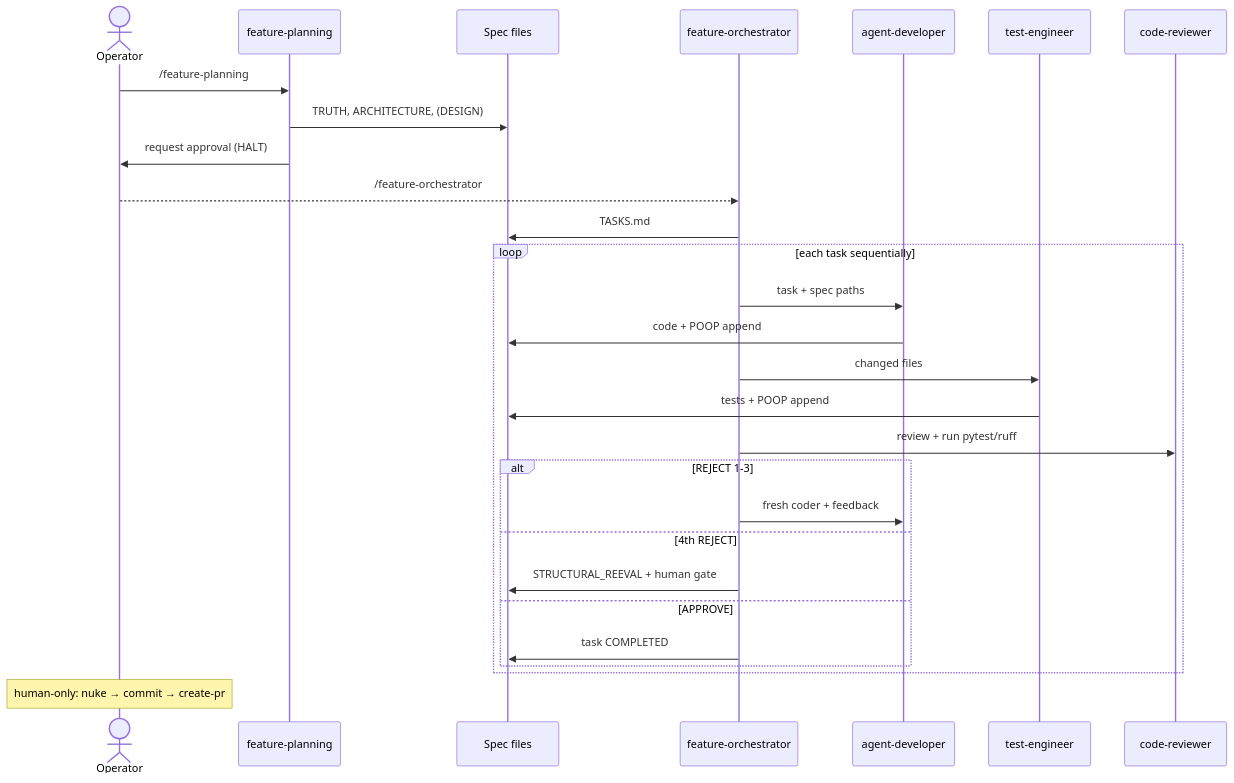
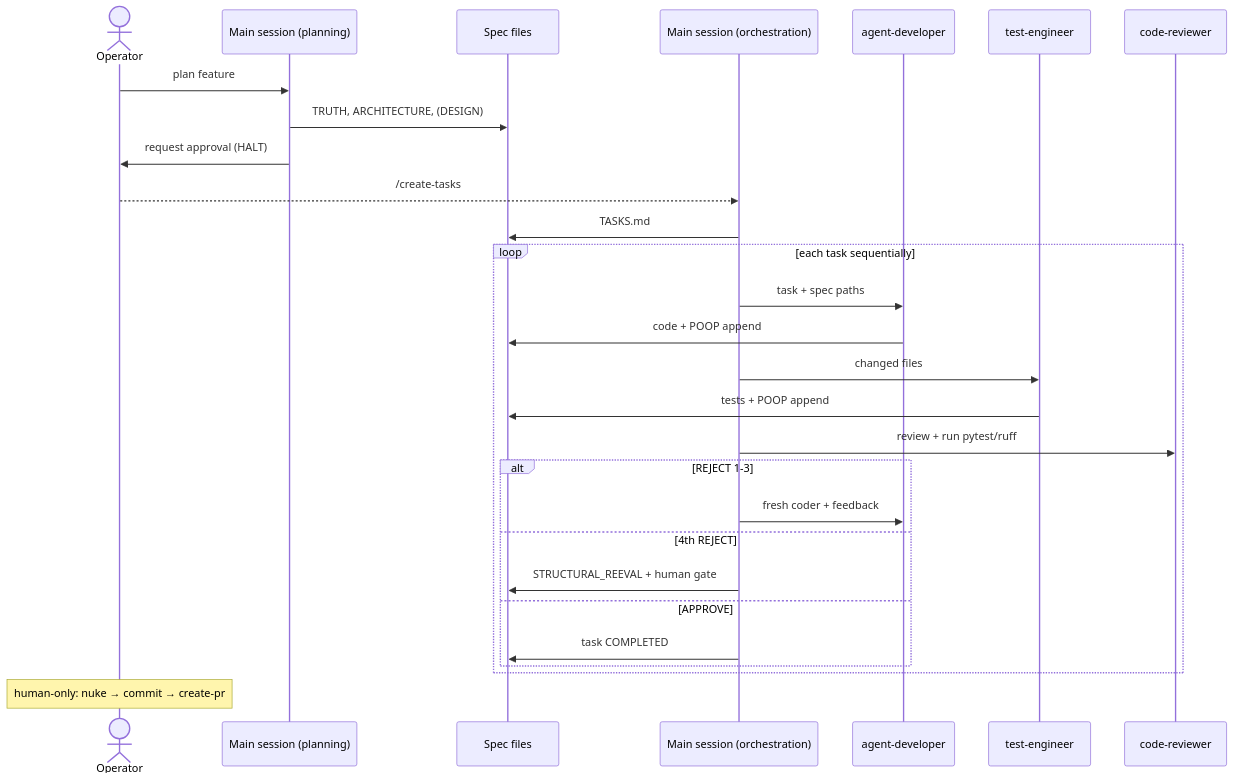
Before and after one commit to Dmitri-IMT/dmitri: the diagram in .claude/docs/pipeline.md, drawn with Mermaid. The commit also changed other lines of this file and 23 other files, not shown here.

First line of the commit message:
chore(skills): remove the feature-planning and feature-orchestrator skills

````diff
--- a/.claude/docs/pipeline.md
+++ b/.claude/docs/pipeline.md
@@ -77,31 +77,31 @@
 ```mermaid
 sequenceDiagram
     actor Operator
-    participant Planner as feature-planning
+    participant Planner as Main session (planning)
     participant Specs as Spec files
-    participant Orch as feature-orchestrator
+    participant Orch as Main session (orchestration)
     participant Coder as agent-developer
     participant Tester as test-engineer
     participant Rev as code-reviewer
 
-    Operator->>Planner: /feature-planning
+    Operator->>Planner: plan feature
     Planner->>Specs: TRUTH, ARCHITECTURE, (DESIGN)
     Planner->>Operator: request approval (HALT)
-    Operator-->>Orch: /feature-orchestrator
+    Operator-->>Orch: /create-tasks
     Orch->>Specs: TASKS.md
     loop each task sequentially
         Orch->>Coder: task + spec paths
         Coder->>Specs: code + POOP append
         Orch->>Tester: changed files
         Tester->>Specs: tests + POOP append
         Orch->>Rev: review + run pytest/ruff
         alt REJECT 1-3
             Orch->>Coder: fresh coder + feedback
         else 4th REJECT
             Orch->>Specs: STRUCTURAL_REEVAL + human gate
         else APPROVE
             Orch->>Specs: task COMPLETED
         end
     end
     Note over Operator: human-only: nuke → commit → create-pr
 ```
````
